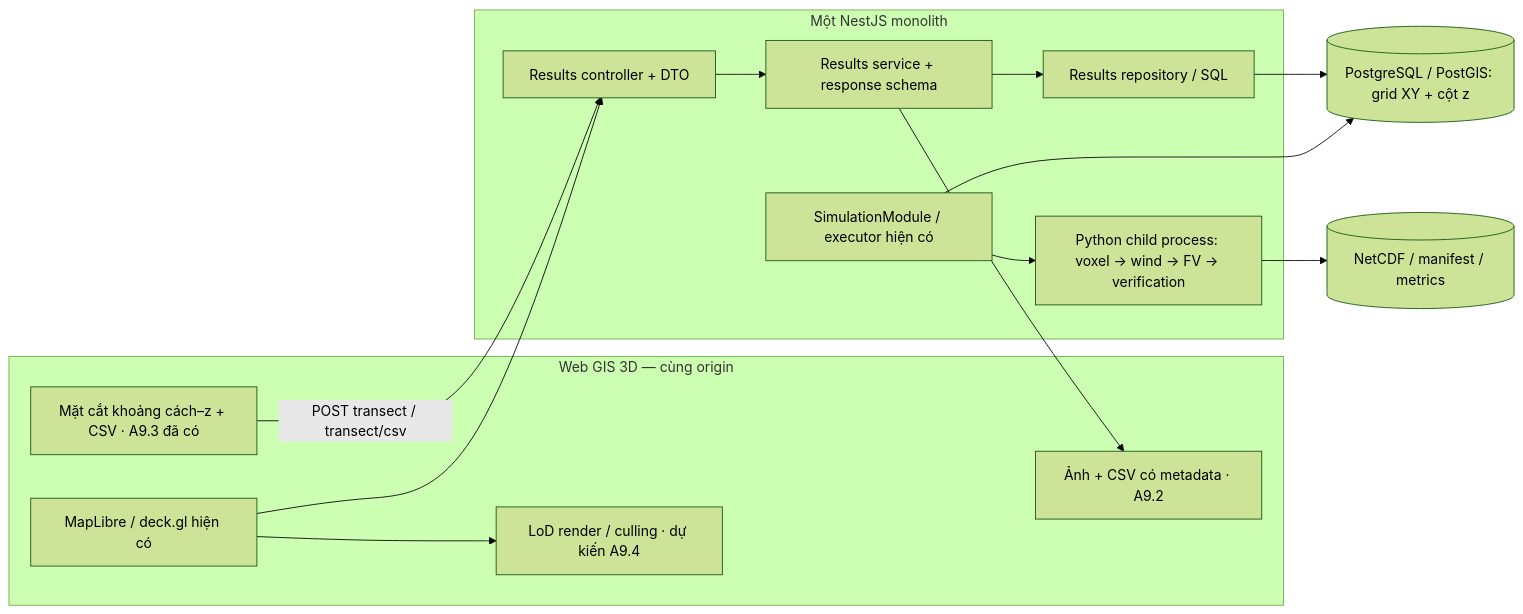
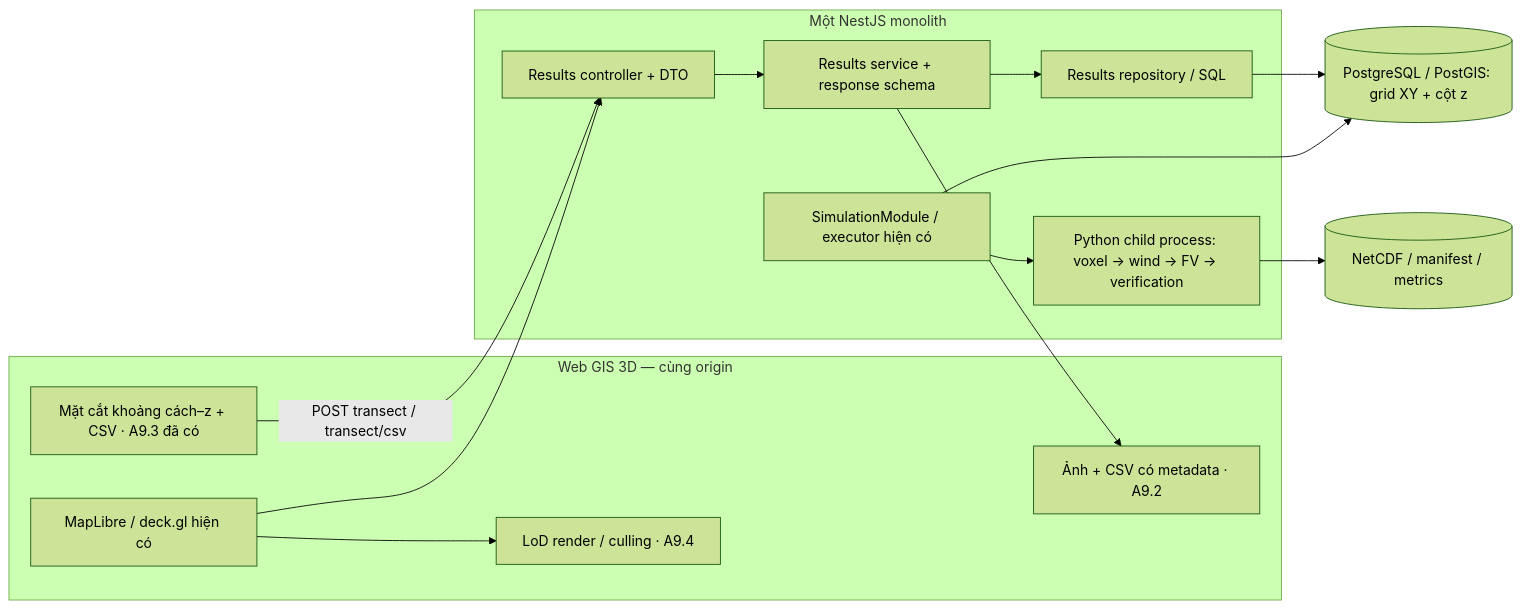
The fourth of 4 diagrams in docs/ARCHITECTURE.md (TamNgx179/IE402_Voxel-air-dispersion), drawn with Mermaid (forest theme) before and after one commit. The commit also changed other lines of this file and 3 other files, not shown here.

````diff
--- a/docs/ARCHITECTURE.md
+++ b/docs/ARCHITECTURE.md
@@ -340,25 +339,25 @@
 ```mermaid
 flowchart LR
   subgraph CLIENT["Web GIS 3D — cùng origin"]
     MAP["MapLibre / deck.gl hiện có"]
     CUT["Mặt cắt khoảng cách–z + CSV · A9.3 đã có"]
-    LOD["LoD render / culling · dự kiến A9.4"]
+    LOD["LoD render / culling · A9.4"]
     EXPORT["Ảnh + CSV có metadata · A9.2"]
   end
   subgraph APP["Một NestJS monolith"]
     CTRL["Results controller + DTO"]
     SVC["Results service + response schema"]
     REPO["Results repository / SQL"]
     EXEC["SimulationModule / executor hiện có"]
     PY["Python child process: voxel → wind → FV → verification"]
   end
   PG[("PostgreSQL / PostGIS: grid XY + cột z")]
   FILE[("NetCDF / manifest / metrics")]
   CUT -->|"POST transect / transect/csv"| CTRL
   MAP --> CTRL
   CTRL --> SVC --> REPO --> PG
   SVC --> EXPORT
   MAP --> LOD
   EXEC --> PY --> FILE
   EXEC --> PG
 ```
````
